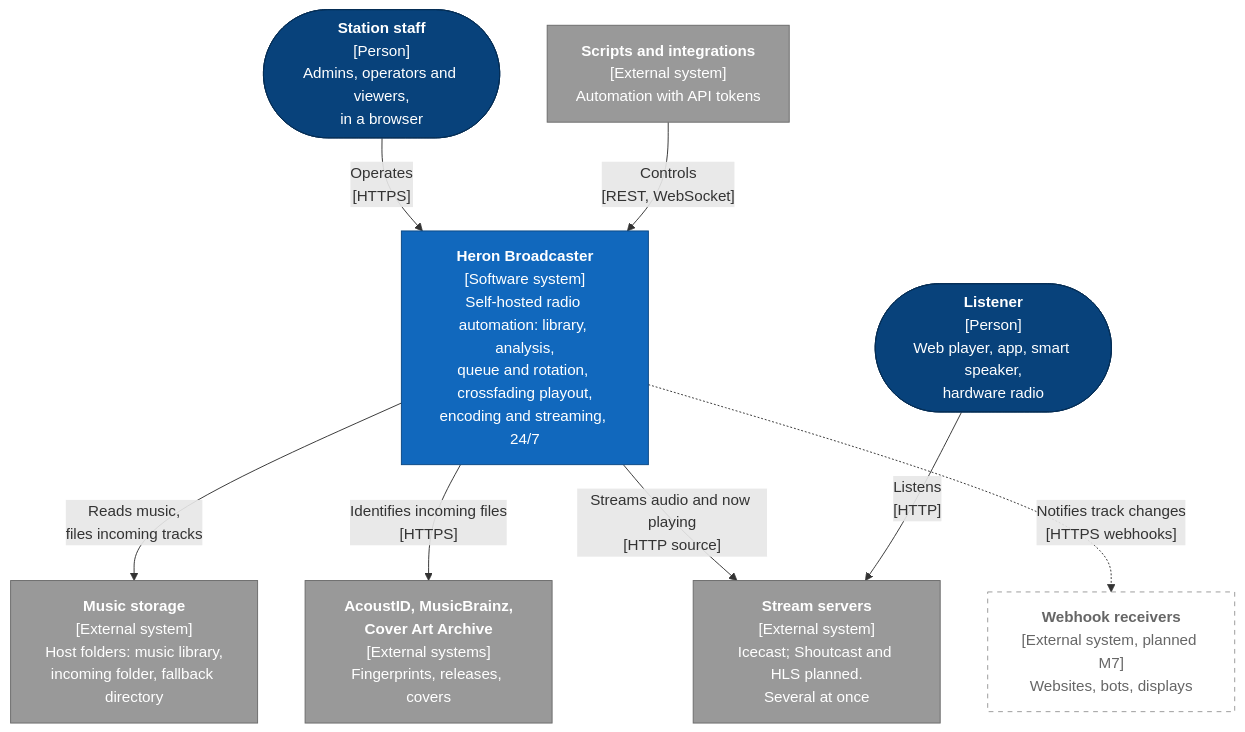
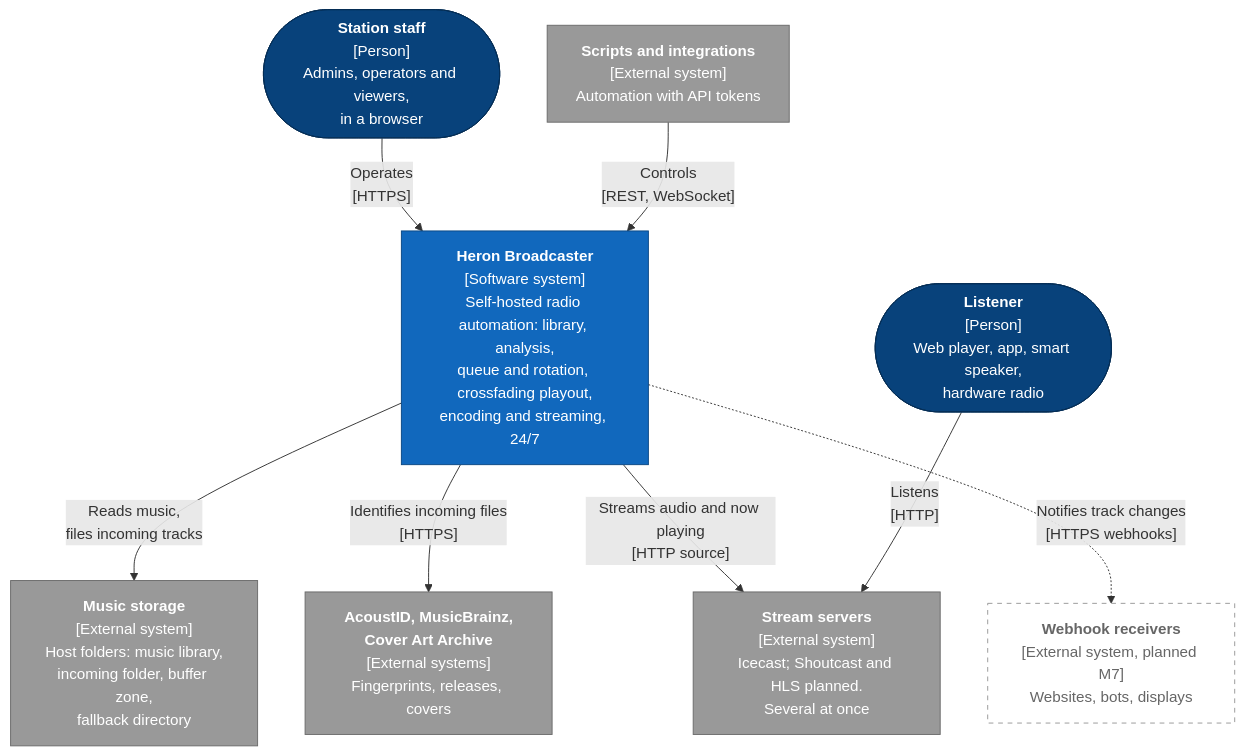
Before and after one commit to dehy/heron-broadcaster: the first of 2 diagrams in docs/architecture.md, drawn with Mermaid. The commit also changed other lines of this file and 8 other files, not shown here.

Commit message:
docs: buffer zone, uploads, deletion and the trash

````diff
--- a/docs/architecture.md
+++ b/docs/architecture.md
@@ -9,27 +9,27 @@
 ```mermaid
 flowchart TB
     staff(["<b>Station staff</b><br/>[Person]<br/>Admins, operators and viewers,<br/>in a browser"]):::person
     scripts["<b>Scripts and integrations</b><br/>[External system]<br/>Automation with API tokens"]:::external
     listener(["<b>Listener</b><br/>[Person]<br/>Web player, app, smart speaker,<br/>hardware radio"]):::person
 
     heron["<b>Heron Broadcaster</b><br/>[Software system]<br/>Self-hosted radio automation: library, analysis,<br/>queue and rotation, crossfading playout,<br/>encoding and streaming, 24/7"]:::system
 
-    storage["<b>Music storage</b><br/>[External system]<br/>Host folders: music library,<br/>incoming folder, fallback directory"]:::external
+    storage["<b>Music storage</b><br/>[External system]<br/>Host folders: music library,<br/>incoming folder, buffer zone,<br/>fallback directory"]:::external
     musicdb["<b>AcoustID, MusicBrainz,<br/>Cover Art Archive</b><br/>[External systems]<br/>Fingerprints, releases, covers"]:::external
     streamers["<b>Stream servers</b><br/>[External system]<br/>Icecast; Shoutcast and HLS planned.<br/>Several at once"]:::external
     receivers["<b>Webhook receivers</b><br/>[External system, planned M7]<br/>Websites, bots, displays"]:::planned
 
     staff -- "Operates<br/>[HTTPS]" --> heron
     scripts -- "Controls<br/>[REST, WebSocket]" --> heron
     heron -- "Reads music,<br/>files incoming tracks" --> storage
     heron -- "Identifies incoming files<br/>[HTTPS]" --> musicdb
     heron -- "Streams audio and now playing<br/>[HTTP source]" --> streamers
     heron -. "Notifies track changes<br/>[HTTPS webhooks]" .-> receivers
     listener -- "Listens<br/>[HTTP]" --> streamers
 
     classDef person fill:#08427b,stroke:#052e56,color:#fff
     classDef system fill:#1168bd,stroke:#0b4884,color:#fff
     classDef container fill:#438dd5,stroke:#2e6295,color:#fff
     classDef external fill:#999999,stroke:#6b6b6b,color:#fff
     classDef planned fill:#ffffff,stroke:#999999,color:#666666,stroke-dasharray:5 5
 ```
````
